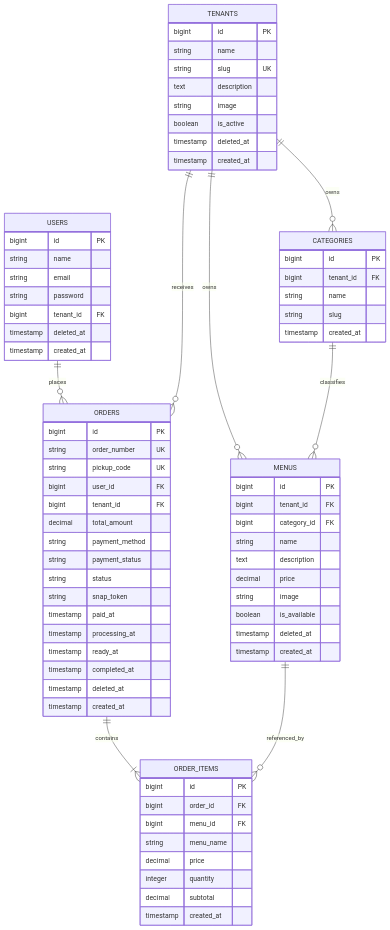
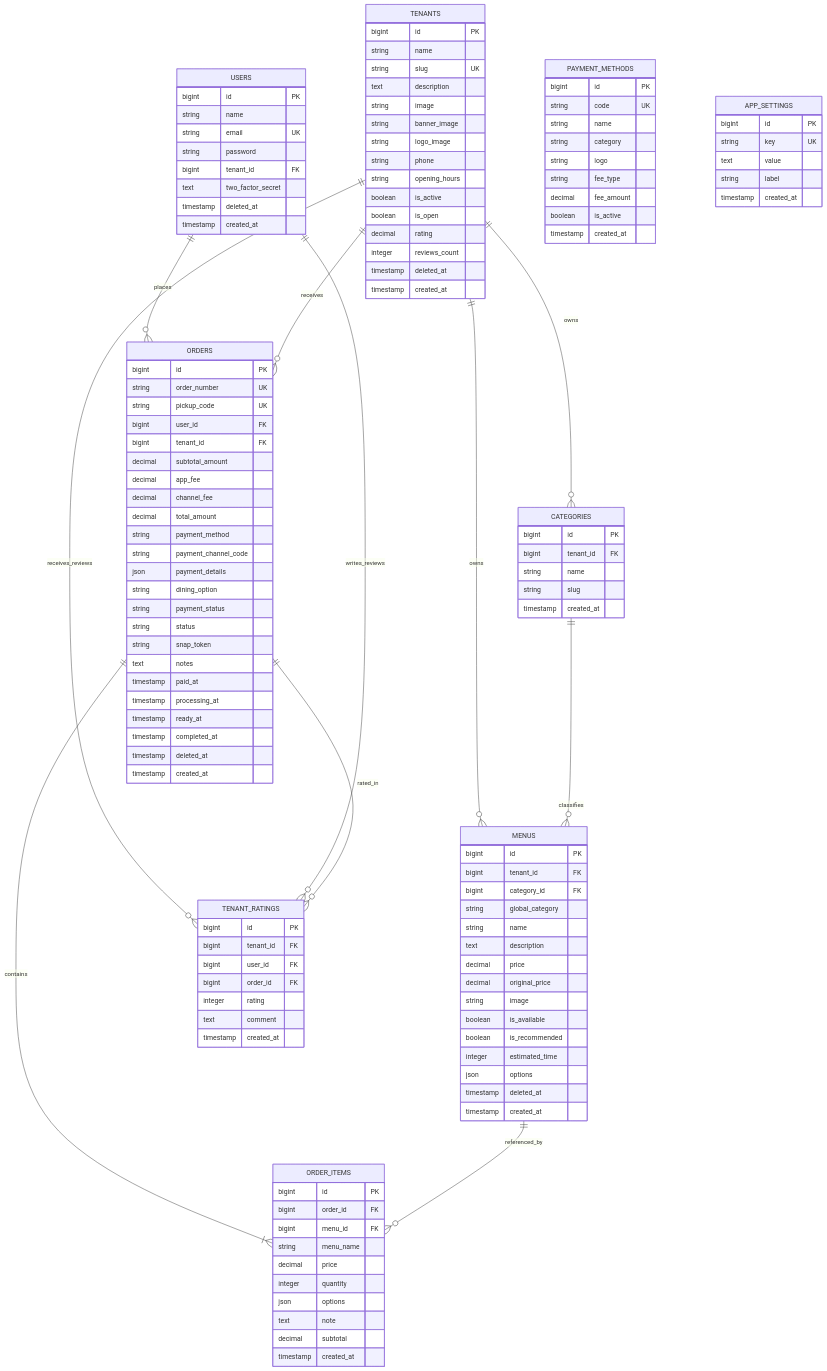
One commit to Hnzsama/smart_canteen changed the diagram in docs/08-data-model.md. Above: the diagram before and after it, drawn with Mermaid. The commit also changed other lines of this file and 1 other file, not shown here.

Commit message:
docs: update 08-data-model.md and index.html to match active database schema migrations

````diff
--- a/docs/08-data-model.md
+++ b/docs/08-data-model.md
@@ -12,16 +12,20 @@
     TENANTS ||--o{ MENUS : "owns"
     TENANTS ||--o{ CATEGORIES : "owns"
     TENANTS ||--o{ ORDERS : "receives"
+    TENANTS ||--o{ TENANT_RATINGS : "receives_reviews"
     CATEGORIES ||--o{ MENUS : "classifies"
+    USERS ||--o{ TENANT_RATINGS : "writes_reviews"
     ORDERS ||--|{ ORDER_ITEMS : "contains"
+    ORDERS ||--o{ TENANT_RATINGS : "rated_in"
     MENUS ||--o{ ORDER_ITEMS : "referenced_by"
 
     USERS {
         bigint id PK
         string name
-        string email
+        string email UK
         string password
         bigint tenant_id FK
+        text two_factor_secret
         timestamp deleted_at
         timestamp created_at
     }
@@ -32,7 +36,14 @@
         string slug UK
         text description
         string image
+        string banner_image
+        string logo_image
+        string phone
+        string opening_hours
         boolean is_active
+        boolean is_open
+        decimal rating
+        integer reviews_count
         timestamp deleted_at
         timestamp created_at
     }
@@ -49,11 +60,16 @@
         bigint id PK
         bigint tenant_id FK
         bigint category_id FK
+        string global_category
         string name
         text description
         decimal price
+        decimal original_price
         string image
         boolean is_available
+        boolean is_recommended
+        integer estimated_time
+        json options
         timestamp deleted_at
         timestamp created_at
     }
@@ -64,11 +80,18 @@
         string pickup_code UK
         bigint user_id FK
         bigint tenant_id FK
+        decimal subtotal_amount
+        decimal app_fee
+        decimal channel_fee
         decimal total_amount
         string payment_method
+        string payment_channel_code
+        json payment_details
+        string dining_option
         string payment_status
         string status
         string snap_token
+        text notes
         timestamp paid_at
         timestamp processing_at
         timestamp ready_at
@@ -84,7 +107,39 @@
         string menu_name
         decimal price
         integer quantity
+        json options
+        text note
         decimal subtotal
         timestamp created_at
     }
+
+    TENANT_RATINGS {
+        bigint id PK
+        bigint tenant_id FK
+        bigint user_id FK
+        bigint order_id FK
+        integer rating
+        text comment
+        timestamp created_at
+    }
+
+    PAYMENT_METHODS {
+        bigint id PK
+        string code UK
+        string name
+        string category
+        string logo
+        string fee_type
+        decimal fee_amount
+        boolean is_active
+        timestamp created_at
+    }
+
+    APP_SETTINGS {
+        bigint id PK
+        string key UK
+        text value
+        string label
+        timestamp created_at
+    }
 ```
````
